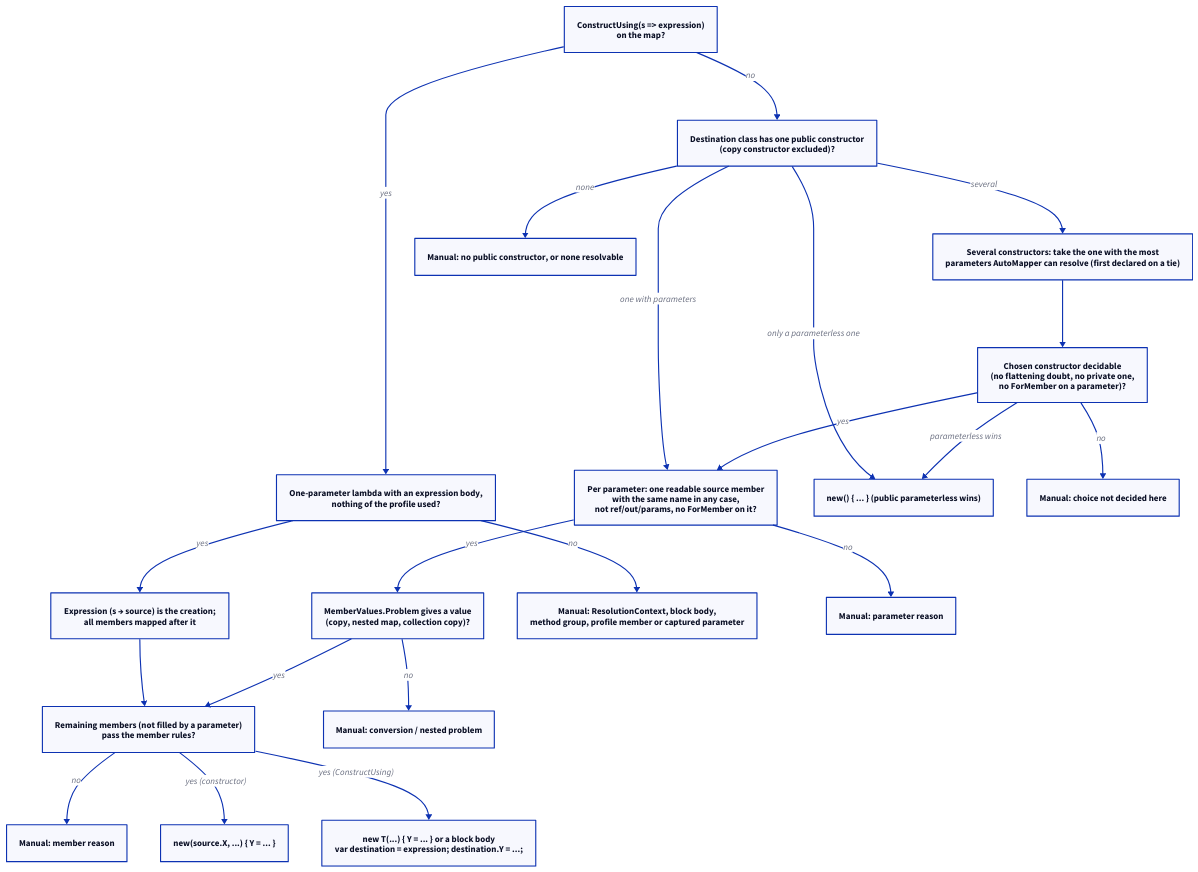
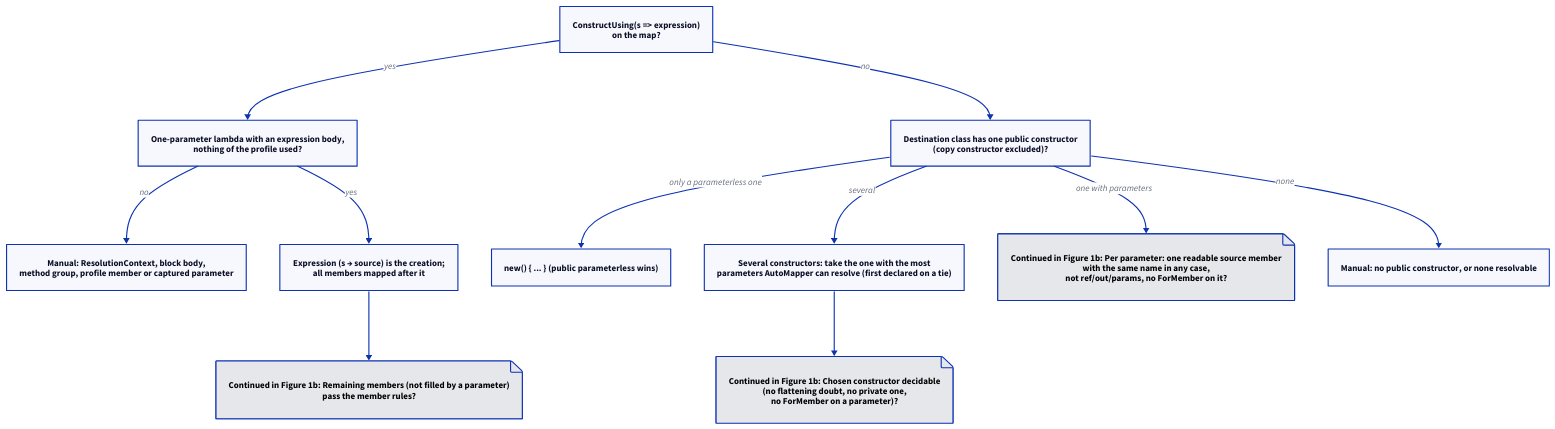
Before and after one commit to ATkingma/unshackle: the diagram in docs/projectinfo/patterns/img/automapper-constructor-modellen-1.d2, drawn with D2. The commit also changed 271 other files, not shown here.

```diff
--- a/docs/projectinfo/patterns/img/automapper-constructor-modellen-1.d2
+++ b/docs/projectinfo/patterns/img/automapper-constructor-modellen-1.d2
@@ -1,39 +1,22 @@
 direction: down
 c0: "ConstructUsing(s => expression)\non the map?"
 cu1: "One-parameter lambda with an expression body,\nnothing of the profile used?"
 cu2: "Expression (s → source) is the creation;\nall members mapped after it"
 q1: "Destination class has one public constructor\n(copy constructor excluded)?"
 q2: "Several constructors: take the one with the most\nparameters AutoMapper can resolve (first declared on a tie)"
-q2b: "Chosen constructor decidable\n(no flattening doubt, no private one,\nno ForMember on a parameter)?"
-q3: "Per parameter: one readable source member\nwith the same name in any case,\nnot ref/out/params, no ForMember on it?"
-q4: "MemberValues.Problem gives a value\n(copy, nested map, collection copy)?"
-q5: "Remaining members (not filled by a parameter)\npass the member rules?"
 new0: "new() { ... } (public parameterless wins)"
-ok: "new(source.X, ...) { Y = ... }"
-okcu: "new T(...) { Y = ... } or a block body\nvar destination = expression; destination.Y = ...;"
 mcu: "Manual: ResolutionContext, block body,\nmethod group, profile member or captured parameter"
 m1: "Manual: no public constructor, or none resolvable"
-m1b: "Manual: choice not decided here"
-m2: "Manual: parameter reason"
-m3: "Manual: conversion / nested problem"
-m4: "Manual: member reason"
+to_next_q5: "Continued in Figure 1b: Remaining members (not filled by a parameter)\npass the member rules?" {shape: page; style: {fill: "#e5e7eb"; font-color: "#000000"}}
+to_next_q3: "Continued in Figure 1b: Per parameter: one readable source member\nwith the same name in any case,\nnot ref/out/params, no ForMember on it?" {shape: page; style: {fill: "#e5e7eb"; font-color: "#000000"}}
+to_next_q2b: "Continued in Figure 1b: Chosen constructor decidable\n(no flattening doubt, no private one,\nno ForMember on a parameter)?" {shape: page; style: {fill: "#e5e7eb"; font-color: "#000000"}}
 c0 -> cu1: yes
 c0 -> q1: no
 cu1 -> mcu: no
 cu1 -> cu2: yes
-cu2 -> q5
+cu2 -> to_next_q5
 q1 -> new0: "only a parameterless one"
 q1 -> q2: "several"
-q1 -> q3: "one with parameters"
-q2 -> q2b
-q2b -> m1b: no
-q2b -> new0: "parameterless wins"
-q2b -> q3: yes
+q1 -> to_next_q3: "one with parameters"
+q2 -> to_next_q2b
 q1 -> m1: none
-q3 -> m2: no
-q3 -> q4: yes
-q4 -> m3: no
-q4 -> q5: yes
-q5 -> m4: no
-q5 -> ok: "yes (constructor)"
-q5 -> okcu: "yes (ConstructUsing)"
```
